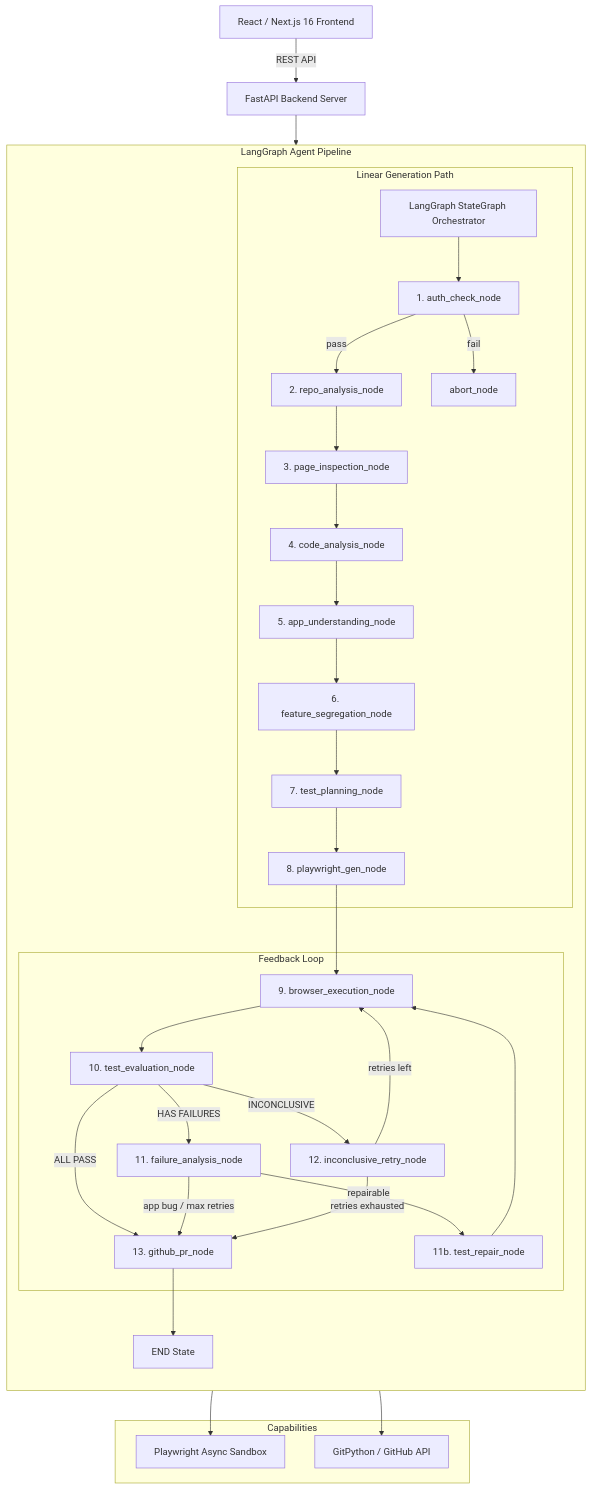
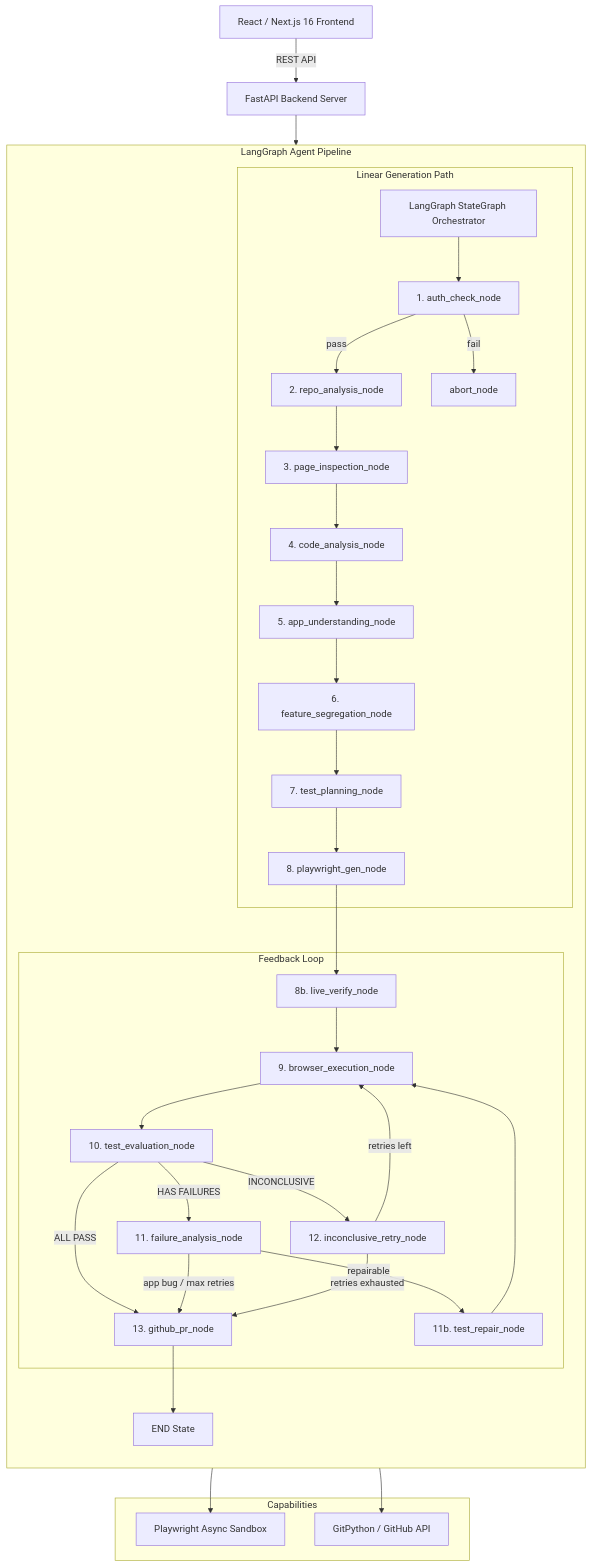
One commit to suriyaprakash500/Testpilot-AI changed the diagram in README.md. Above: the diagram before and after it, drawn with Mermaid. The commit also changed other lines of this file and 9 other files, not shown here.

First line of the commit message:
Add Live Verify pre-execution selector validation gate

````diff
--- a/README.md
+++ b/README.md
@@ -9,40 +9,41 @@
 ```mermaid
 flowchart TD
     FE["React / Next.js 16 Frontend"] -->|REST API| API["FastAPI Backend Server"]
     API --> GRAPH["LangGraph StateGraph Orchestrator"]
 
     subgraph Pipeline["LangGraph Agent Pipeline"]
         direction TB
         subgraph Linear["Linear Generation Path"]
             GRAPH --> AUTH["1. auth_check_node"]
             AUTH -->|pass| REPO["2. repo_analysis_node"]
             AUTH -->|fail| ABORT["abort_node"]
             REPO --> INSP["3. page_inspection_node"]
             INSP --> CODE["4. code_analysis_node"]
             CODE --> UND["5. app_understanding_node"]
             UND --> SEG["6. feature_segregation_node"]
             SEG --> PLAN["7. test_planning_node"]
             PLAN --> GEN["8. playwright_gen_node"]
         end
 
         subgraph Feedback["Feedback Loop"]
-            GEN --> EXEC["9. browser_execution_node"]
+            GEN --> LV["8b. live_verify_node"]
+            LV --> EXEC["9. browser_execution_node"]
             EXEC --> EVAL["10. test_evaluation_node"]
             EVAL -->|ALL PASS| PR["13. github_pr_node"]
             EVAL -->|HAS FAILURES| FAIL_A["11. failure_analysis_node"]
             EVAL -->|INCONCLUSIVE| INCONC["12. inconclusive_retry_node"]
             FAIL_A -->|repairable| REPAIR["11b. test_repair_node"]
             FAIL_A -->|app bug / max retries| PR
             REPAIR --> EXEC
             INCONC -->|retries left| EXEC
             INCONC -->|retries exhausted| PR
         end
 
         PR --> DONE["END State"]
     end
 
     subgraph Capabilities["Capabilities"]
         EXEC --> PW["Playwright Async Sandbox"]
         PR --> GIT["GitPython / GitHub API"]
     end
 ```
````
